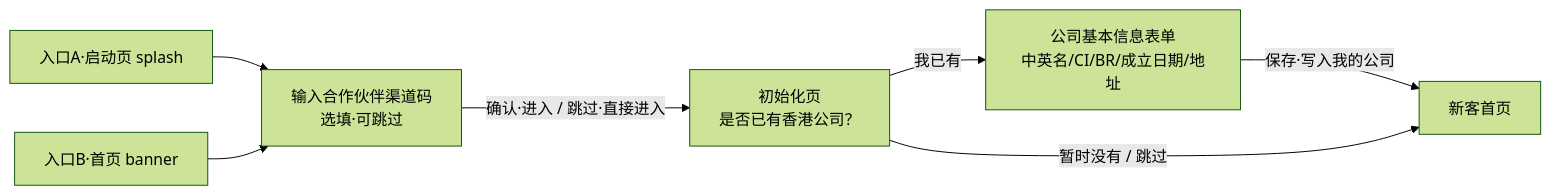
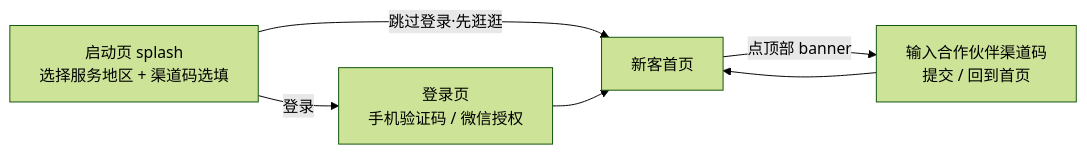
The sixth of 7 diagrams in docs/PRD_小程序完整版_v1.0.md (xiahan3/leapex_Leapexbiz), drawn with Mermaid (forest theme) before and after one commit. The commit also changed other lines of this file, not shown here.

Commit message:
PRD小程序v1.0正文同步最新设计：§5.1入口改登录流(启动页选服务地区+渠道码+手机/微信登录,去初始化步骤)+重画入口/注册mermaid;§5.2核名双名+简转繁;§5.4支付加优惠券;§5.5章程去自订+语言/业务办理约1周取正本;§5.6 KYC手机人脸+证件港证护照其他+PEP仅后台;§5.10公司表单收敛;§5.11加优惠券模块;§二功能清单加登录/优惠券;§十标注为历史留痕

````diff
--- a/docs/PRD_小程序完整版_v1.0.md
+++ b/docs/PRD_小程序完整版_v1.0.md
@@ -235,9 +230,8 @@
 ```mermaid
 flowchart LR
-  A[入口A·启动页 splash] --> C[输入合作伙伴渠道码<br/>选填·可跳过]
-  B[入口B·首页 banner] --> C
-  C -->|确认·进入 / 跳过·直接进入| D[初始化页<br/>是否已有香港公司？]
-  D -->|我已有| E[公司基本信息表单<br/>中英名/CI/BR/成立日期/地址]
-  E -->|保存·写入我的公司| F[新客首页]
-  D -->|暂时没有 / 跳过| F
+  SP[启动页 splash<br/>选择服务地区 + 渠道码选填] -->|登录| LG[登录页<br/>手机验证码 / 微信授权]
+  SP -->|跳过登录·先逛逛| HM[新客首页]
+  LG --> HM
+  HM -->|点顶部 banner| CH[输入合作伙伴渠道码<br/>提交 / 回到首页]
+  CH --> HM
 ```
````
